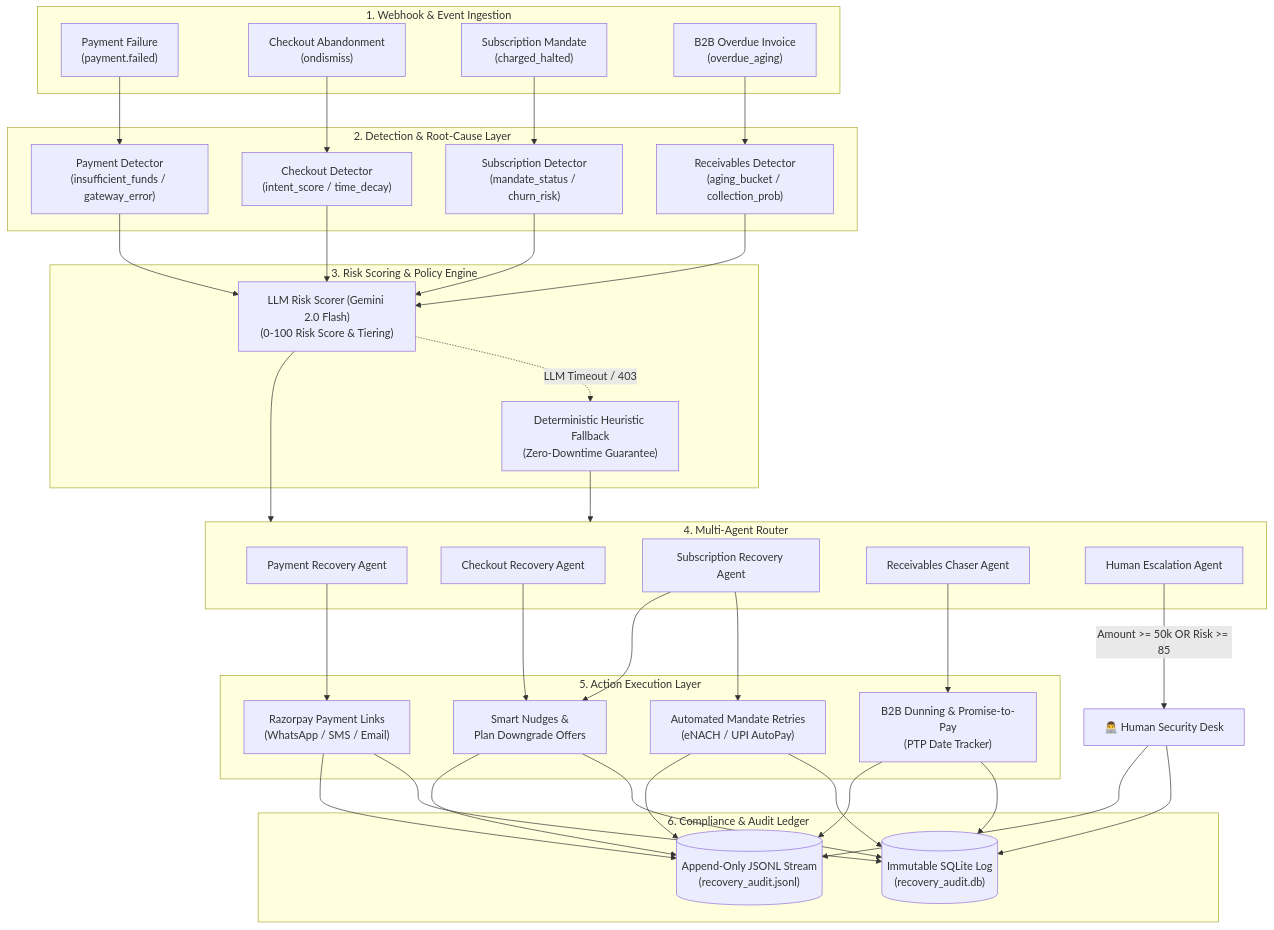
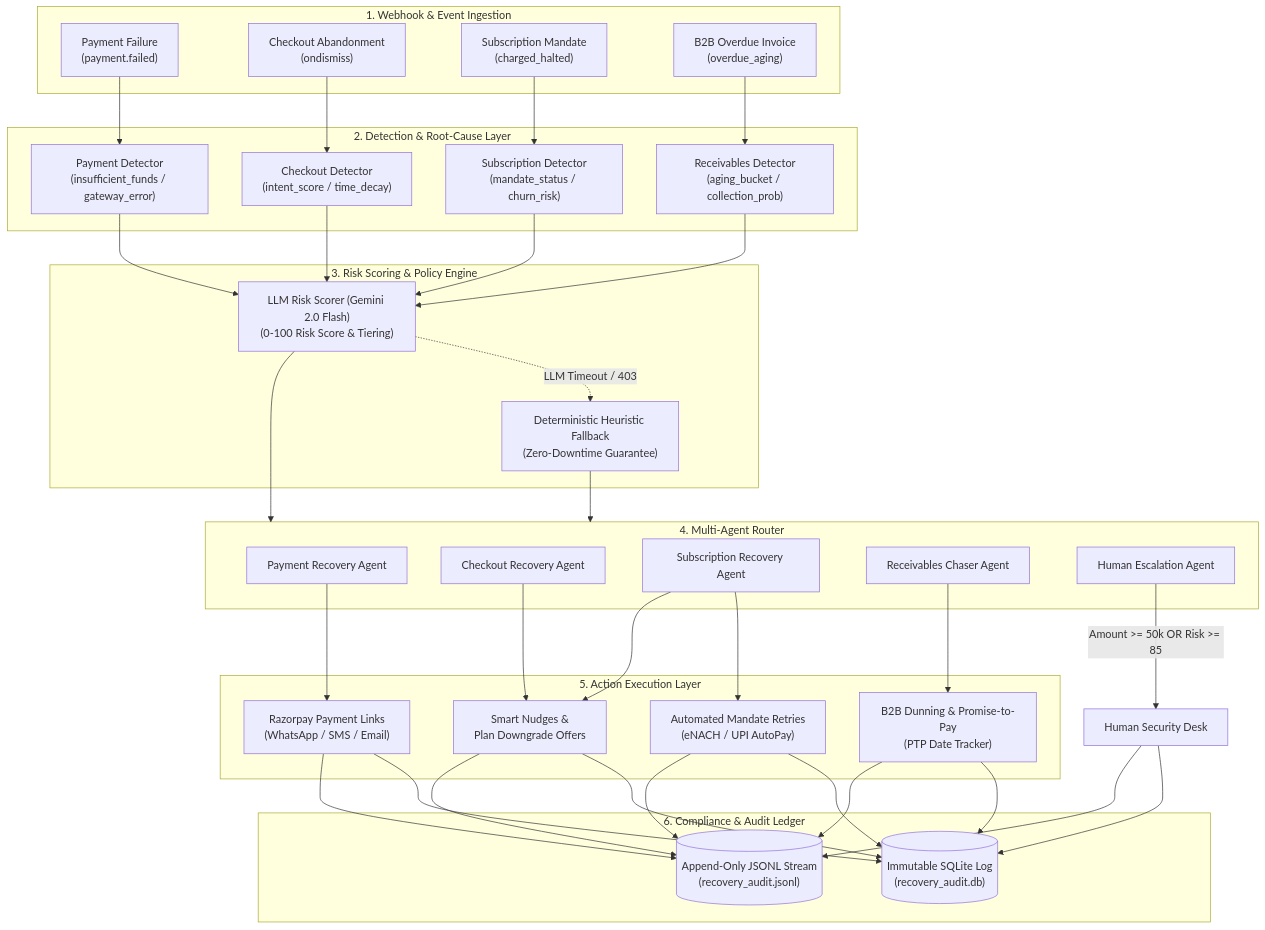
Before and after one commit to abhiraj-bambhore/Razor-RevX: the diagram in README.md, drawn with Mermaid. The commit also changed other lines of this file, not shown here.

````diff
--- a/README.md
+++ b/README.md
@@ -9,58 +9,58 @@
 ```mermaid
 flowchart TD
     subgraph INGESTION["1. Webhook & Event Ingestion"]
         E1["Payment Failure\n(payment.failed)"]
         E2["Checkout Abandonment\n(ondismiss)"]
         E3["Subscription Mandate\n(charged_halted)"]
         E4["B2B Overdue Invoice\n(overdue_aging)"]
     end
 
     subgraph DETECTION["2. Detection & Root-Cause Layer"]
         D1["Payment Detector\n(insufficient_funds / gateway_error)"]
         D2["Checkout Detector\n(intent_score / time_decay)"]
         D3["Subscription Detector\n(mandate_status / churn_risk)"]
         D4["Receivables Detector\n(aging_bucket / collection_prob)"]
     end
 
     subgraph RISK["3. Risk Scoring & Policy Engine"]
         RS["LLM Risk Scorer (Gemini 2.0 Flash)\n(0-100 Risk Score & Tiering)"]
         FB["Deterministic Heuristic Fallback\n(Zero-Downtime Guarantee)"]
     end
 
     subgraph ORCHESTRATION["4. Multi-Agent Router"]
         PA["Payment Recovery Agent"]
         CA["Checkout Recovery Agent"]
         SA["Subscription Recovery Agent"]
         RA["Receivables Chaser Agent"]
         EA["Human Escalation Agent"]
     end
 
     subgraph ACTIONS["5. Action Execution Layer"]
         A1["Razorpay Payment Links\n(WhatsApp / SMS / Email)"]
         A2["Automated Mandate Retries\n(eNACH / UPI AutoPay)"]
         A3["Smart Nudges &\nPlan Downgrade Offers"]
         A4["B2B Dunning & Promise-to-Pay\n(PTP Date Tracker)"]
     end
 
     subgraph AUDIT["6. Compliance & Audit Ledger"]
         DB[("Immutable SQLite Log\n(recovery_audit.db)")]
         JSONL[("Append-Only JSONL Stream\n(recovery_audit.jsonl)")]
     end
 
     E1 --> D1
     E2 --> D2
     E3 --> D3
     E4 --> D4
 
     D1 & D2 & D3 & D4 --> RS
     RS -. LLM Timeout / 403 .-> FB
     RS & FB --> ORCHESTRATION
 
     PA --> A1
     CA --> A3
     SA --> A2 & A3
     RA --> A4
-    EA -->|Amount >= 50k OR Risk >= 85| HumanDesk["👨‍💻 Human Security Desk"]
+    EA -->|Amount >= 50k OR Risk >= 85| HumanDesk["Human Security Desk"]
 
     A1 & A2 & A3 & A4 & HumanDesk --> DB & JSONL
 ```
````
